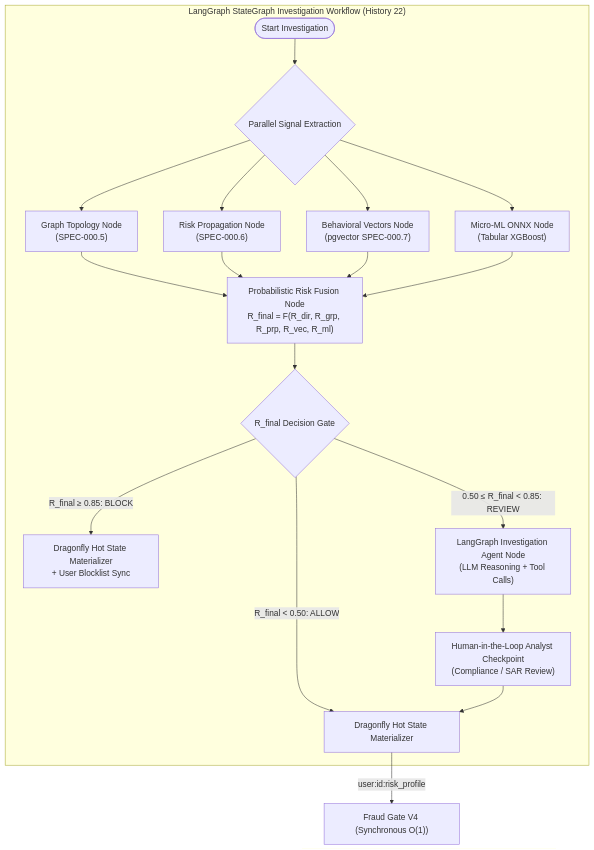
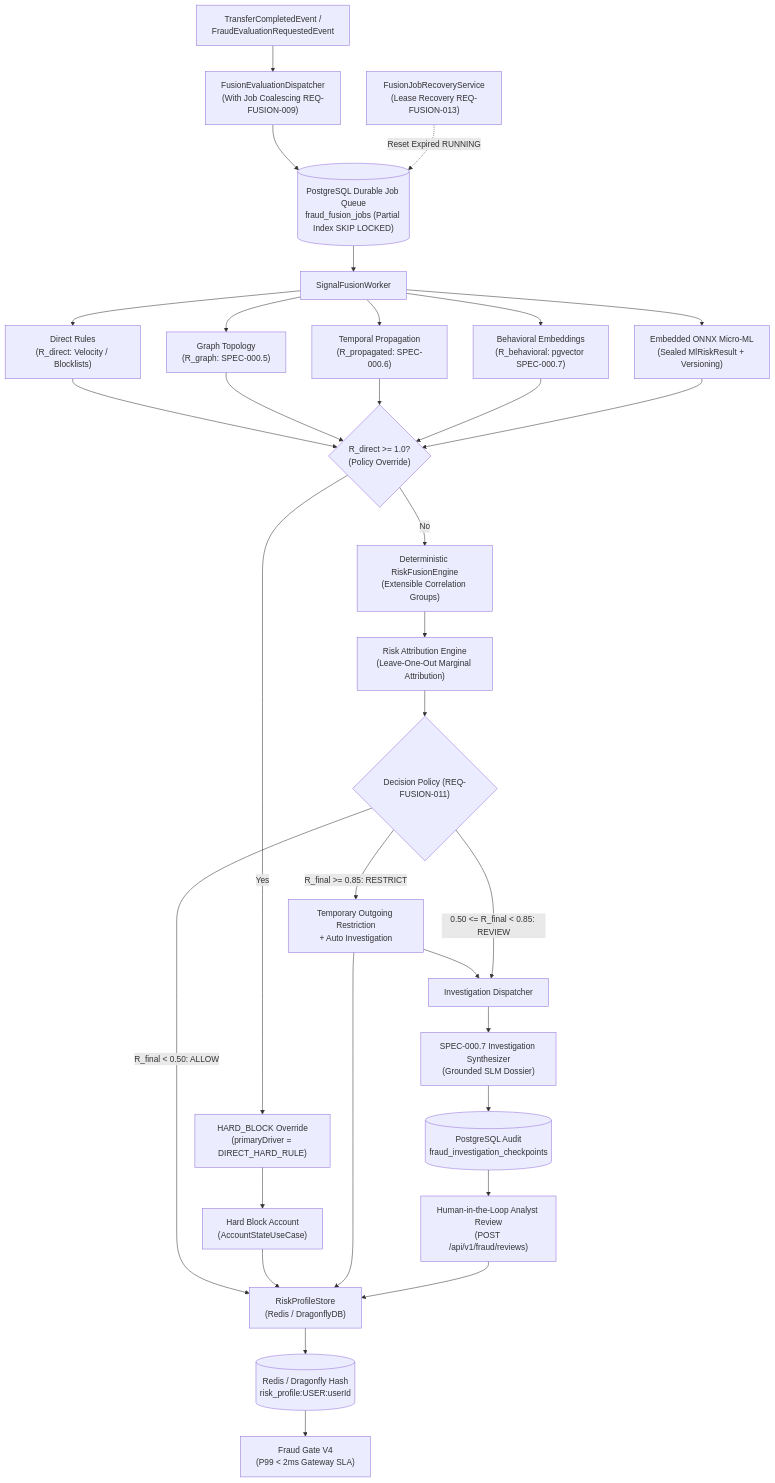
Before and after one commit to kyogoiano/wallet: the diagram in .spec/SPEC-000.8-fraud-signal-fusion-and-micro-ml.md, drawn with Mermaid. The commit also changed other lines of this file and 77 other files, not shown here.

````diff
--- a/.spec/SPEC-000.8-fraud-signal-fusion-and-micro-ml.md
+++ b/.spec/SPEC-000.8-fraud-signal-fusion-and-micro-ml.md
@@ -29,24 +50,45 @@
 ```mermaid
 flowchart TD
-    subgraph StateGraph ["LangGraph StateGraph Investigation Workflow (History 22)"]
-        StartNode([Start Investigation]) --> ParallelEval{Parallel Signal Extraction}
-        
-        ParallelEval --> NodeGraph["Graph Topology Node\n(SPEC-000.5)"]
-        ParallelEval --> NodeProp["Risk Propagation Node\n(SPEC-000.6)"]
-        ParallelEval --> NodeVec["Behavioral Vectors Node\n(pgvector SPEC-000.7)"]
-        ParallelEval --> NodeML["Micro-ML ONNX Node\n(Tabular XGBoost)"]
-        
-        NodeGraph & NodeProp & NodeVec & NodeML --> FusionNode["Probabilistic Risk Fusion Node\nR_final = F(R_dir, R_grp, R_prp, R_vec, R_ml)"]
-        
-        FusionNode --> DecisionCheck{R_final Decision Gate}
-        
-        DecisionCheck -->|R_final < 0.50: ALLOW| HotSync["Dragonfly Hot State Materializer"]
-        DecisionCheck -->|R_final ≥ 0.85: BLOCK| BlockSync["Dragonfly Hot State Materializer\n+ User Blocklist Sync"]
-        DecisionCheck -->|0.50 ≤ R_final < 0.85: REVIEW| AgenticDossier["LangGraph Investigation Agent Node\n(LLM Reasoning + Tool Calls)"]
-        
-        AgenticDossier --> HumanReview["Human-in-the-Loop Analyst Checkpoint\n(Compliance / SAR Review)"]
-        HumanReview --> HotSync
-    end
+    Event["TransferCompletedEvent /\nFraudEvaluationRequestedEvent"] --> Dispatcher["FusionEvaluationDispatcher\n(With Job Coalescing REQ-FUSION-009)"]
 
-    HotSync -->|user:id:risk_profile| Gate["Fraud Gate V4 (Synchronous O(1))"]
+    Dispatcher --> Jobs[("PostgreSQL Durable Job Queue\nfraud_fusion_jobs (Partial Index SKIP LOCKED)")]
+
+    Recovery["FusionJobRecoveryService\n(Lease Recovery REQ-FUSION-013)"] -.->|Reset Expired RUNNING| Jobs
+
+    Jobs --> Worker["SignalFusionWorker"]
+
+    Worker --> Direct["Direct Rules\n(R_direct: Velocity / Blocklists)"]
+    Worker --> Graph["Graph Topology\n(R_graph: SPEC-000.5)"]
+    Worker --> Prop["Temporal Propagation\n(R_propagated: SPEC-000.6)"]
+    Worker --> Behavior["Behavioral Embeddings\n(R_behavioral: pgvector SPEC-000.7)"]
+    Worker --> ML["Embedded ONNX Micro-ML\n(Sealed MlRiskResult + Versioning)"]
+
+    Direct & Graph & Prop & Behavior & ML --> PrimacyCheck{"R_direct >= 1.0?\n(Policy Override)"}
+    
+    PrimacyCheck -->|Yes| HardBlock["HARD_BLOCK Override\n(primaryDriver = DIRECT_HARD_RULE)"]
+    PrimacyCheck -->|No| Fusion["Deterministic RiskFusionEngine\n(Extensible Correlation Groups)"]
+
+    Fusion --> Attribution["Risk Attribution Engine\n(Leave-One-Out Marginal Attribution)"]
+
+    Attribution --> Decision{"Decision Policy (REQ-FUSION-011)"}
+
+    Decision -->|R_final < 0.50: ALLOW| Materialize["RiskProfileStore\n(Redis / DragonflyDB)"]
+    HardBlock --> HardBlockAction["Hard Block Account\n(AccountStateUseCase)"] --> Materialize
+
+    Decision -->|R_final >= 0.85: RESTRICT| RestrictAction["Temporary Outgoing Restriction\n+ Auto Investigation"]
+    RestrictAction --> InvestJob["Investigation Dispatcher"]
+    RestrictAction --> Materialize
+
+    Decision -->|0.50 <= R_final < 0.85: REVIEW| InvestJob
+
+    InvestJob --> Synthesizer["SPEC-000.7 Investigation Synthesizer\n(Grounded SLM Dossier)"]
+
+    Synthesizer --> Checkpoint[("PostgreSQL Audit\nfraud_investigation_checkpoints")]
+
+    Checkpoint --> AnalystReview["Human-in-the-Loop Analyst Review\n(POST /api/v1/fraud/reviews)"]
+
+    AnalystReview --> Materialize
+
+    Materialize --> Cache[("Redis / Dragonfly Hash\nrisk_profile:USER:userId")]
+    Cache --> Gate["Fraud Gate V4\n(P99 < 2ms Gateway SLA)"]
 ```
````
